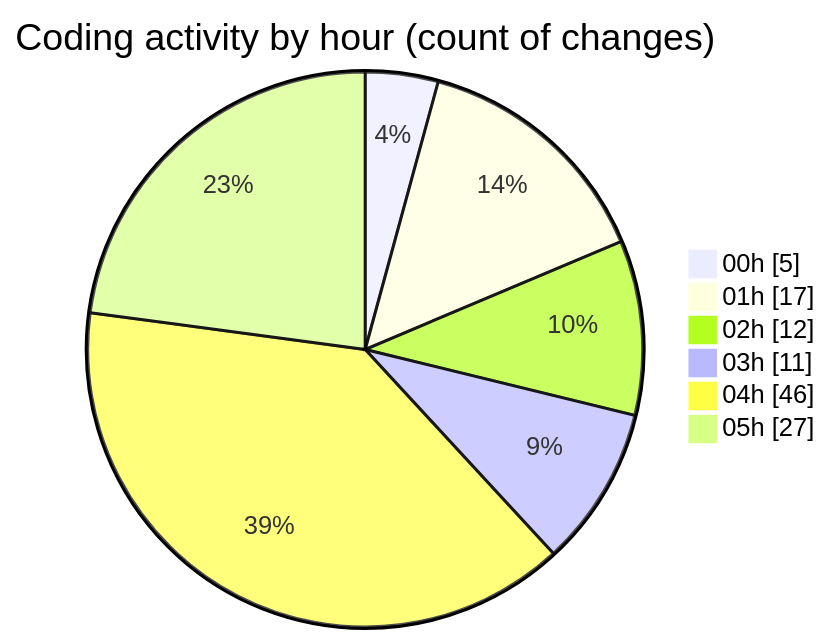
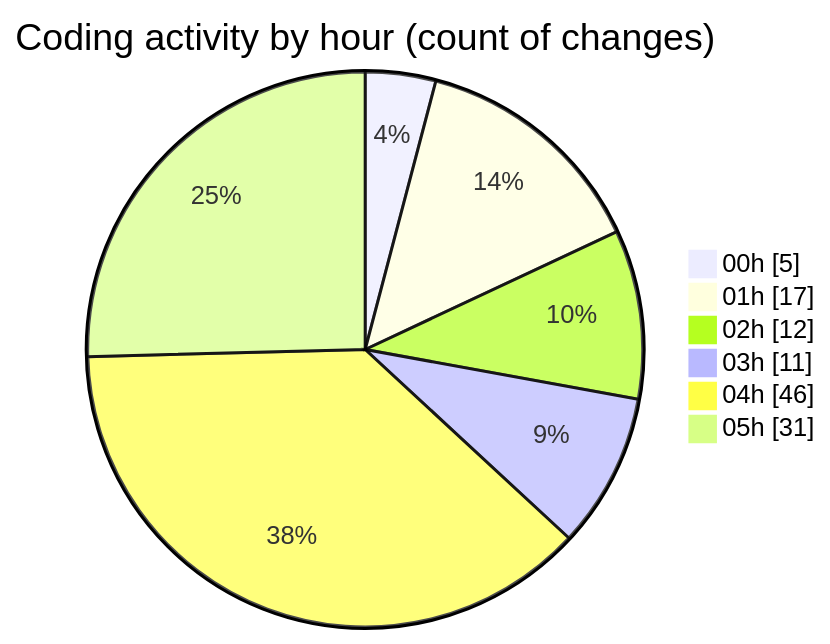
One commit to EIIisD/code-tracking changed the second of 2 diagrams in 2025-08-04/tw-server/README.md. Above: the diagram before and after it, drawn with Mermaid. The commit also changed other lines of this file and 1 other file, not shown here.

````diff
--- a/2025-08-04/tw-server/README.md
+++ b/2025-08-04/tw-server/README.md
@@ -38,10 +38,10 @@
 ```mermaid
 pie showData
 title Coding activity by hour (count of changes)
 "00h" : 5
 "01h" : 17
 "02h" : 12
 "03h" : 11
 "04h" : 46
-"05h" : 27
+"05h" : 31
 ```
````
